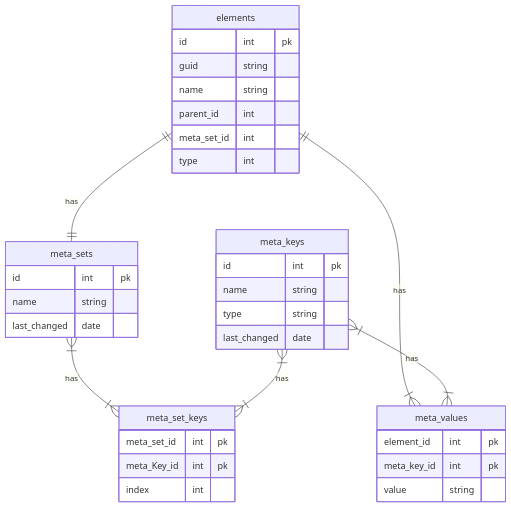
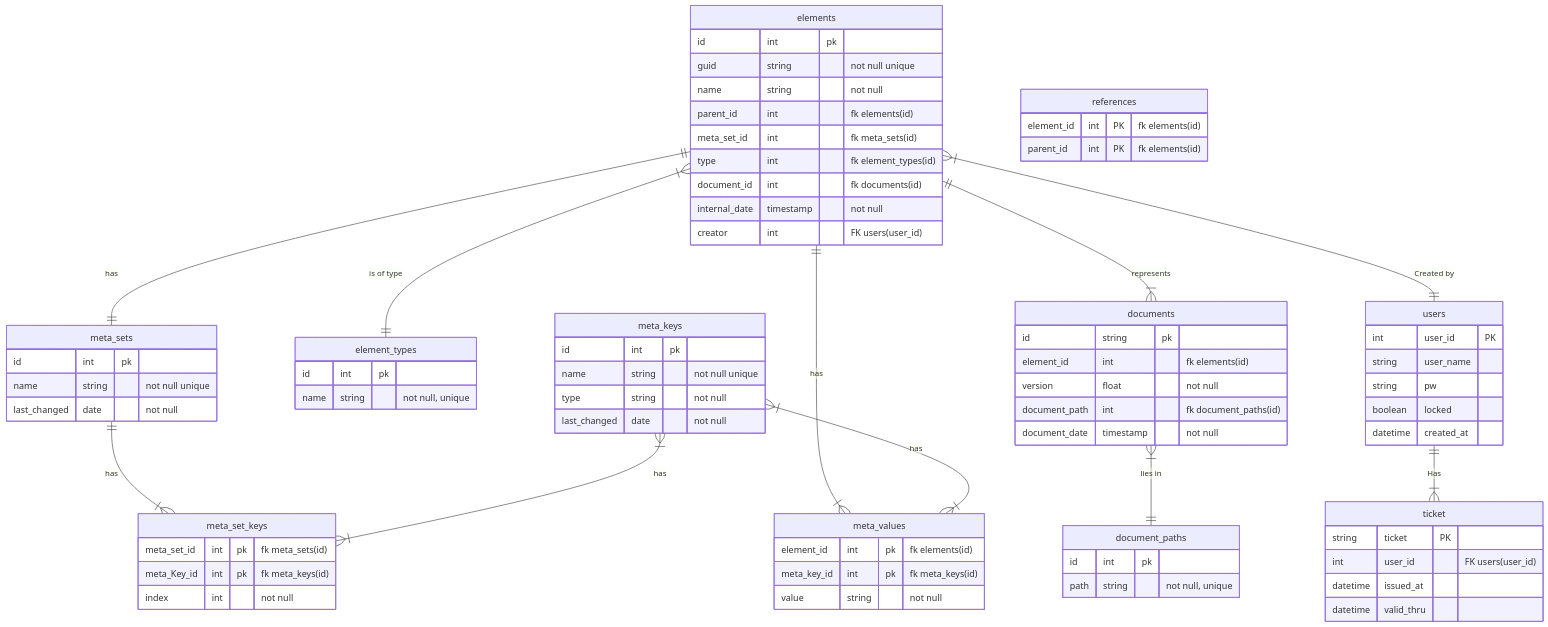
One commit to GeKoppe/HMManager changed the diagram in documentation/db/metadata_db.md. Above: the diagram before and after it, drawn with Mermaid. The commit also changed 12 other files, not shown here.

````diff
--- a/documentation/db/metadata_db.md
+++ b/documentation/db/metadata_db.md
@@ -1,44 +1,91 @@
 ```mermaid
 erDiagram
 
+users {
+    int user_id PK
+    string user_name
+    string pw
+    boolean locked
+    datetime created_at
+}
+
+ticket {
+    string ticket PK
+    int user_id "FK users(user_id)"
+    datetime issued_at
+    datetime valid_thru
+}
+
 elements {
     id int pk
-    guid string
-    name string
-    parent_id int
-    meta_set_id int
-    type int
+    guid string "not null unique"
+    name string "not null"
+    parent_id int "fk elements(id)"
+    meta_set_id int "fk meta_sets(id)"
+    type int "fk element_types(id)"
+    document_id int "fk documents(id)"
+    internal_date timestamp "not null"
+    creator int "FK users(user_id)"
+}
+
+element_types {
+    id int pk
+    name string "not null, unique"
 }
 
 meta_keys {
     id int pk
-    name string
-    type string
-    last_changed date
+    name string "not null unique"
+    type string "not null"
+    last_changed date "not null"
 }
 
 meta_sets {
     id int pk
-    name string
-    last_changed date
+    name string "not null unique"
+    last_changed date "not null"
 }
 
 meta_set_keys {
-    meta_set_id int pk
-    meta_Key_id int pk
-    index int
+    meta_set_id int pk "fk meta_sets(id)"
+    meta_Key_id int pk "fk meta_keys(id)"
+    index int "not null"
 }
 
 meta_values {
-    element_id int pk
-    meta_key_id int pk
-    value string
+    element_id int pk "fk elements(id)"
+    meta_key_id int pk "fk meta_keys(id)"
+    value string "not null"
+}
+
+documents {
+    id string pk
+    element_id int "fk elements(id)"
+    version float "not null"
+    document_path int "fk document_paths(id)"
+    document_date timestamp "not null"
+}
+
+document_paths {
+    id int pk
+    path string "not null, unique"
+}
+
+references {
+    element_id int PK "fk elements(id)"
+    parent_id int PK "fk elements(id)"
 }
 
 elements ||--|| meta_sets: has
-meta_sets }|--|{ meta_set_keys: has
+meta_sets ||--|{ meta_set_keys: has
 meta_keys }|--|{ meta_set_keys: has
 elements ||--|{ meta_values: has
 meta_keys }|--|{ meta_values: has
+elements }|--|| element_types: "is of type"
+elements ||--|{ documents: "represents"
+documents }|--|| document_paths: "lies in"
+
+users ||--|{ ticket: "Has"
+elements }|--|| users: "Created by"
 
 ```
````
